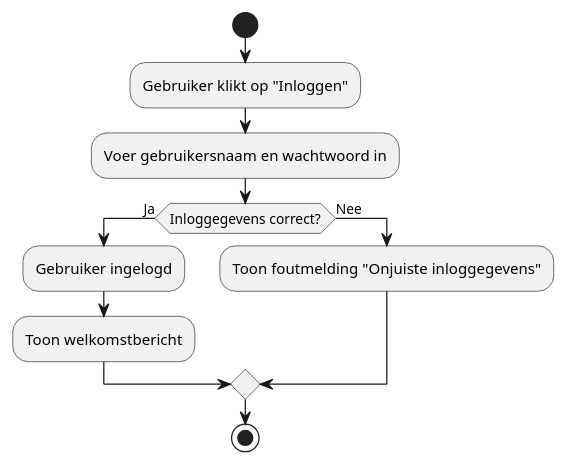
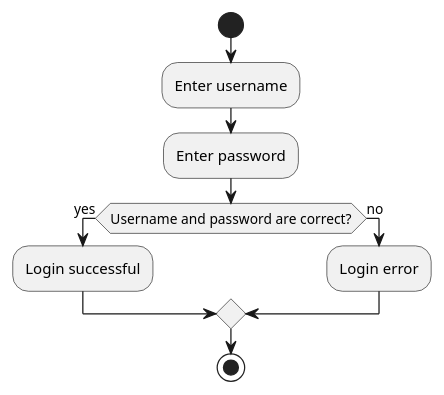
One commit to 9elmaz9/BibliotheekSysteem changed the second of 2 diagrams in src/main/java/AnalysisLibrarySystem/FlowchartUserCases/User/Login_FlowChart.puml. Above: the diagram before and after it, drawn with PlantUML. The commit also changed other lines of this file and 22 other files, not shown here.

```diff
--- a/src/main/java/AnalysisLibrarySystem/FlowchartUserCases/User/Login_FlowChart.puml
+++ b/src/main/java/AnalysisLibrarySystem/FlowchartUserCases/User/Login_FlowChart.puml
@@ -35,12 +16,11 @@
 @startuml
 start
-:Gebruiker klikt op "Inloggen";
-:Voer gebruikersnaam en wachtwoord in;
-if (Inloggegevens correct?) then (Ja)
-  :Gebruiker ingelogd;
-  :Toon welkomstbericht;
-else (Nee)
-  :Toon foutmelding "Onjuiste inloggegevens";
+:Enter username;
+:Enter password;
+if (Username and password are correct?) then (yes)
+    :Login successful;
+else (no)
+    :Login error;
 endif
 stop
 @enduml
```
